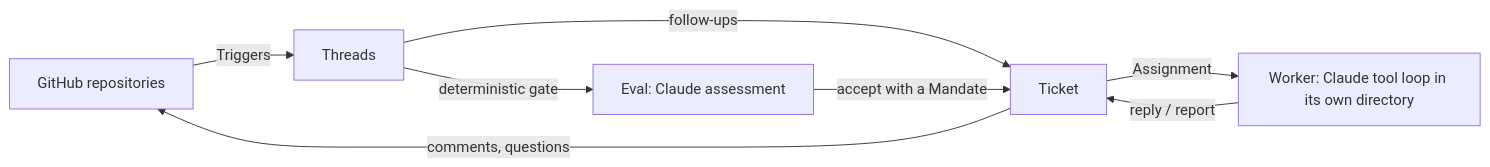
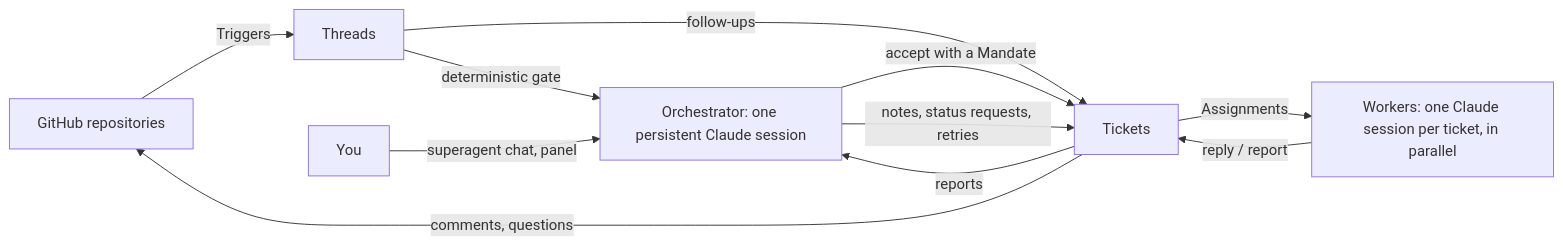
The diagram in README.md (onurkagan/superagent), drawn with Mermaid before and after one commit. The commit also changed other lines of this file, not shown here.

Commit message:
Put the orchestrator at the front of the README

````diff
--- a/README.md
+++ b/README.md
@@ -20,10 +22,13 @@
 ```mermaid
 flowchart LR
   GH[GitHub repositories] -->|Triggers| T[Threads]
-  T -->|deterministic gate| E[Eval: Claude assessment]
+  T -->|deterministic gate| O[Orchestrator: one persistent Claude session]
   T -->|follow-ups| K
-  E -->|accept with a Mandate| K[Ticket]
-  K -->|Assignment| W[Worker: Claude tool loop in its own directory]
+  O -->|accept with a Mandate| K[Tickets]
+  O -->|notes, status requests, retries| K
+  K -->|Assignments| W[Workers: one Claude session per ticket, in parallel]
   W -->|reply / report| K
+  K -->|reports| O
   K -->|comments, questions| GH
+  You -->|superagent chat, panel| O
 ```
````
